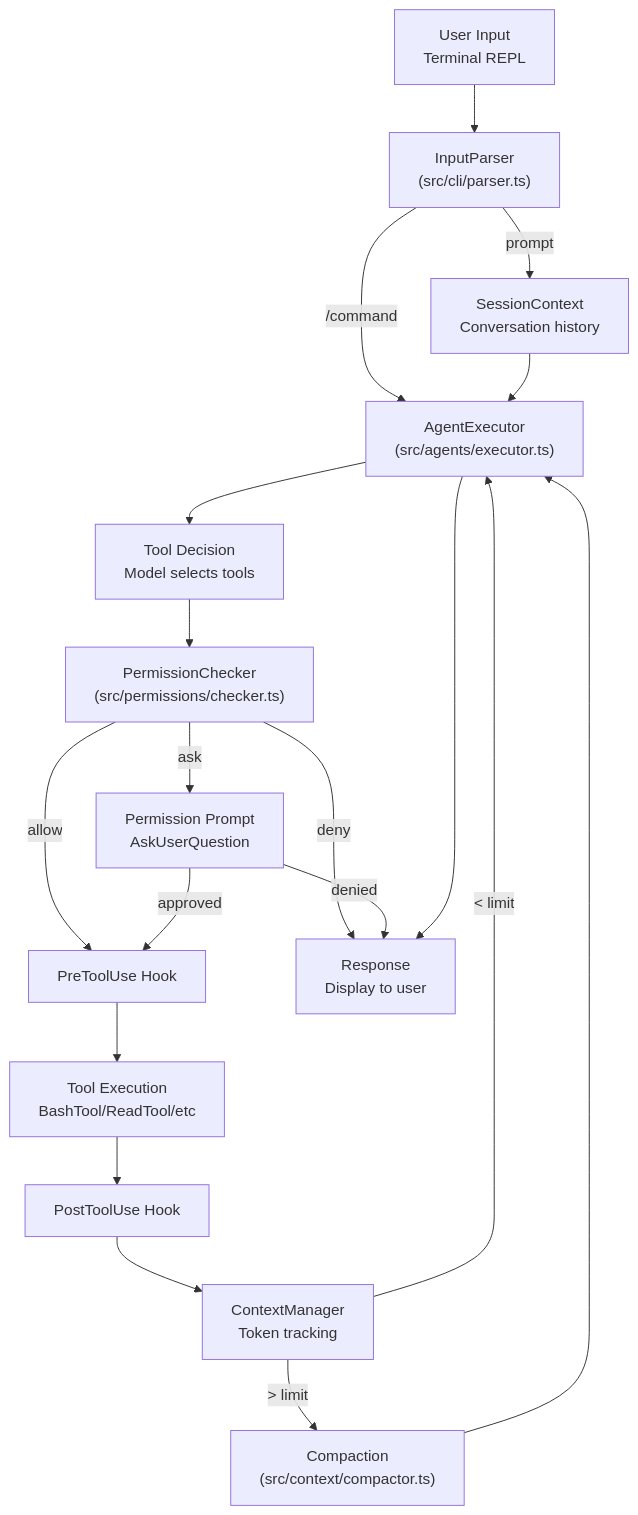
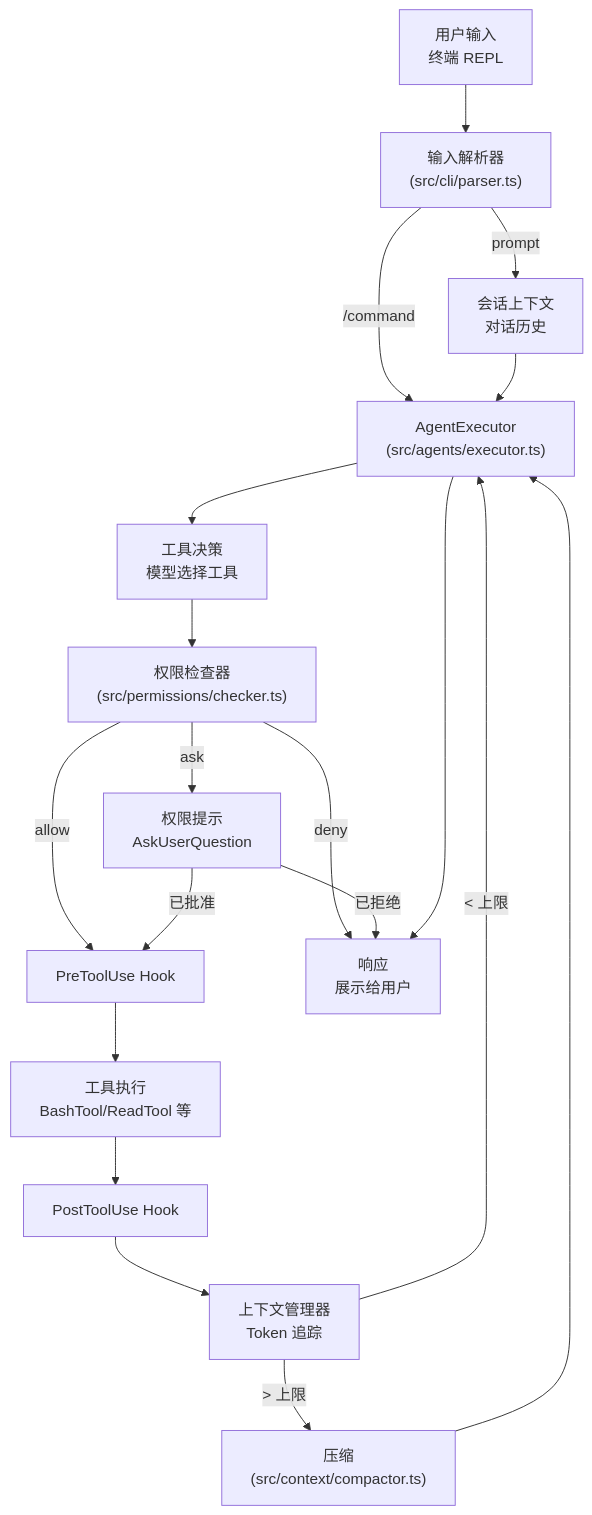
One commit to blog-archives/wiki changed the second of 2 diagrams in wiki/claude-code/claude-code-core-systems.md. Above: the diagram before and after it, drawn with Mermaid. The commit also changed other lines of this file and 6 other files, not shown here.

````diff
--- a/wiki/claude-code/claude-code-core-systems.md
+++ b/wiki/claude-code/claude-code-core-systems.md
@@ -68,35 +64,35 @@
 ```mermaid
 flowchart TD
-    UserInput["User Input<br/>Terminal REPL"]
-    InputParser["InputParser<br/>(src/cli/parser.ts)"]
-    SessionContext["SessionContext<br/>Conversation history"]
+    UserInput["用户输入<br/>终端 REPL"]
+    InputParser["输入解析器<br/>(src/cli/parser.ts)"]
+    SessionContext["会话上下文<br/>对话历史"]
     AgentExec["AgentExecutor<br/>(src/agents/executor.ts)"]
-    ToolDecision["Tool Decision<br/>Model selects tools"]
-    PermCheck["PermissionChecker<br/>(src/permissions/checker.ts)"]
-    PermPrompt["Permission Prompt<br/>AskUserQuestion"]
-    ToolExec["Tool Execution<br/>BashTool/ReadTool/etc"]
+    ToolDecision["工具决策<br/>模型选择工具"]
+    PermCheck["权限检查器<br/>(src/permissions/checker.ts)"]
+    PermPrompt["权限提示<br/>AskUserQuestion"]
+    ToolExec["工具执行<br/>BashTool/ReadTool 等"]
     HookPre["PreToolUse Hook"]
     HookPost["PostToolUse Hook"]
-    ContextCheck["ContextManager<br/>Token tracking"]
-    Compaction["Compaction<br/>(src/context/compactor.ts)"]
-    Response["Response<br/>Display to user"]
+    ContextCheck["上下文管理器<br/>Token 追踪"]
+    Compaction["压缩<br/>(src/context/compactor.ts)"]
+    Response["响应<br/>展示给用户"]
 
     UserInput --> InputParser
     InputParser -->|"prompt"| SessionContext
     InputParser -->|"/command"| AgentExec
     SessionContext --> AgentExec
     AgentExec --> ToolDecision
     ToolDecision --> PermCheck
     PermCheck -->|"ask"| PermPrompt
     PermCheck -->|"deny"| Response
     PermCheck -->|"allow"| HookPre
-    PermPrompt -->|"approved"| HookPre
-    PermPrompt -->|"denied"| Response
+    PermPrompt -->|"已批准"| HookPre
+    PermPrompt -->|"已拒绝"| Response
     HookPre --> ToolExec
     ToolExec --> HookPost
     HookPost --> ContextCheck
-    ContextCheck -->|"< limit"| AgentExec
-    ContextCheck -->|"> limit"| Compaction
+    ContextCheck -->|"< 上限"| AgentExec
+    ContextCheck -->|"> 上限"| Compaction
     Compaction --> AgentExec
     AgentExec --> Response
 ```
````
